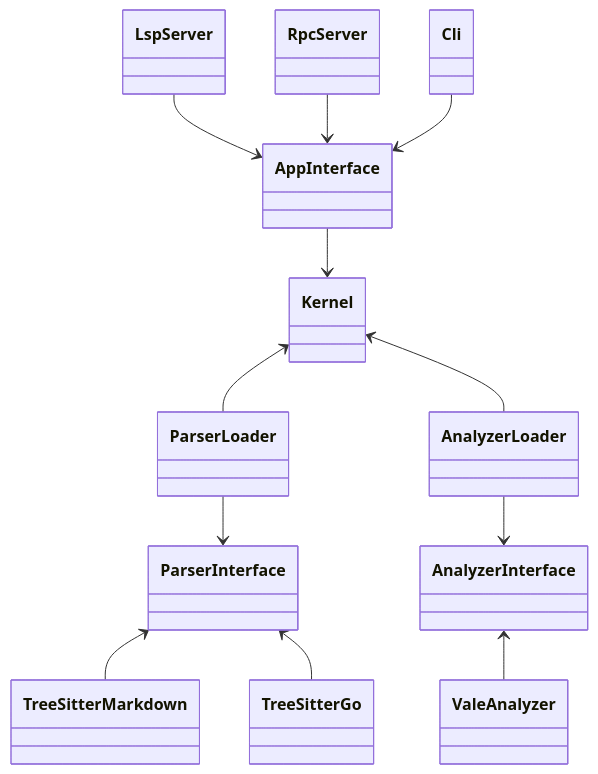
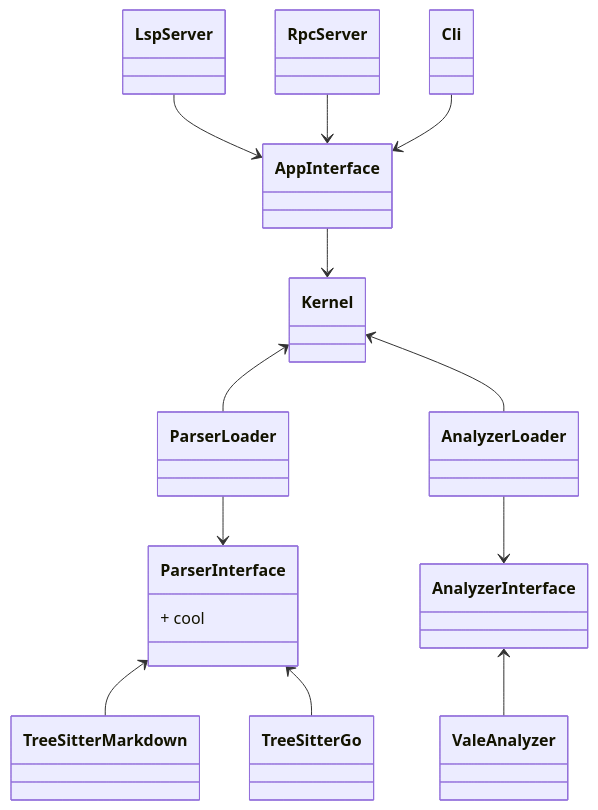
One commit to rafaeltab/code_analyzer changed the diagram in docs/pages/designs/architecture.mdx. Above: the diagram before and after it, drawn with Mermaid. The commit also changed 2 other files, not shown here.

````diff
--- a/docs/pages/designs/architecture.mdx
+++ b/docs/pages/designs/architecture.mdx
@@ -38,17 +38,20 @@
 ```mermaid
 classDiagram
+    class ParserInterface {
+        + cool
+    }
     ParserInterface <-- TreeSitterMarkdown
     ParserInterface <-- TreeSitterGo
     ParserLoader --> ParserInterface
 
     AnalyzerInterface <-- ValeAnalyzer
     AnalyzerLoader --> AnalyzerInterface
 
     Kernel <-- ParserLoader
     Kernel <-- AnalyzerLoader
 
     AppInterface --> Kernel
     LspServer --> AppInterface
     RpcServer --> AppInterface
     Cli --> AppInterface
 ```
````
